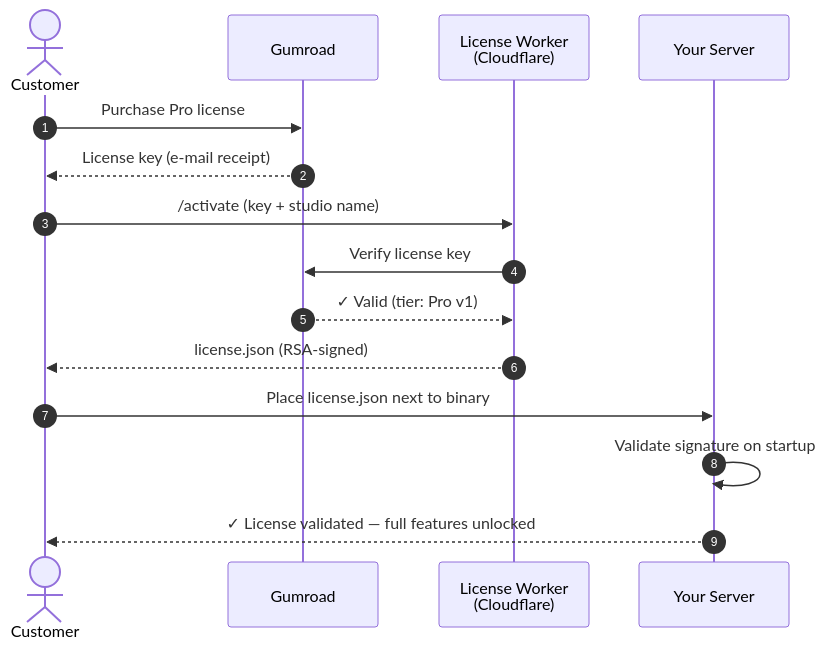
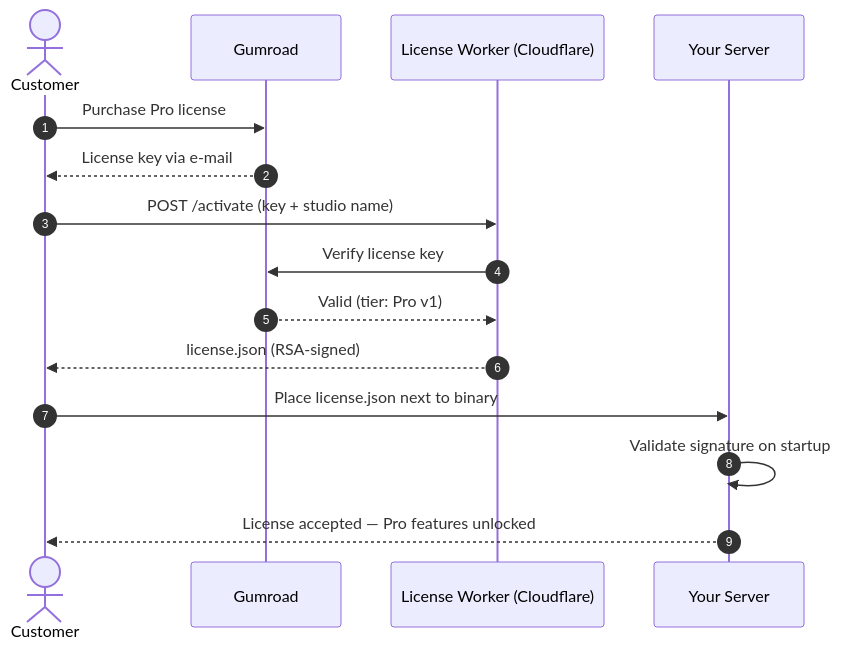
Before and after one commit to b-altuncay/InventoryFramework: the second of 3 diagrams in README.md, drawn with Mermaid. The commit also changed other lines of this file, not shown here.

````diff
--- a/README.md
+++ b/README.md
@@ -164,18 +164,18 @@
 ```mermaid
 sequenceDiagram
     autonumber
     actor Customer
     participant Gumroad
-    participant Worker as License Worker<br/>(Cloudflare)
+    participant Worker as License Worker (Cloudflare)
     participant Server as Your Server
 
     Customer->>Gumroad: Purchase Pro license
-    Gumroad-->>Customer: License key (e-mail receipt)
-    Customer->>Worker: /activate  (key + studio name)
+    Gumroad-->>Customer: License key via e-mail
+    Customer->>Worker: POST /activate  (key + studio name)
     Worker->>Gumroad: Verify license key
-    Gumroad-->>Worker: ✓ Valid  (tier: Pro v1)
+    Gumroad-->>Worker: Valid  (tier: Pro v1)
     Worker-->>Customer: license.json  (RSA-signed)
     Customer->>Server: Place license.json next to binary
     Server->>Server: Validate signature on startup
-    Server-->>Customer: ✓ License validated — full features unlocked
+    Server-->>Customer: License accepted — Pro features unlocked
 ```
````
